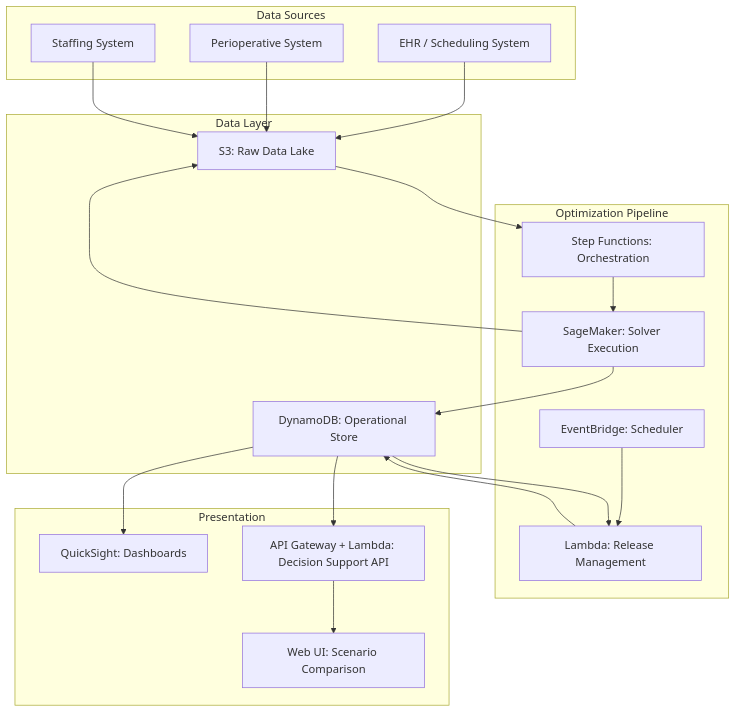
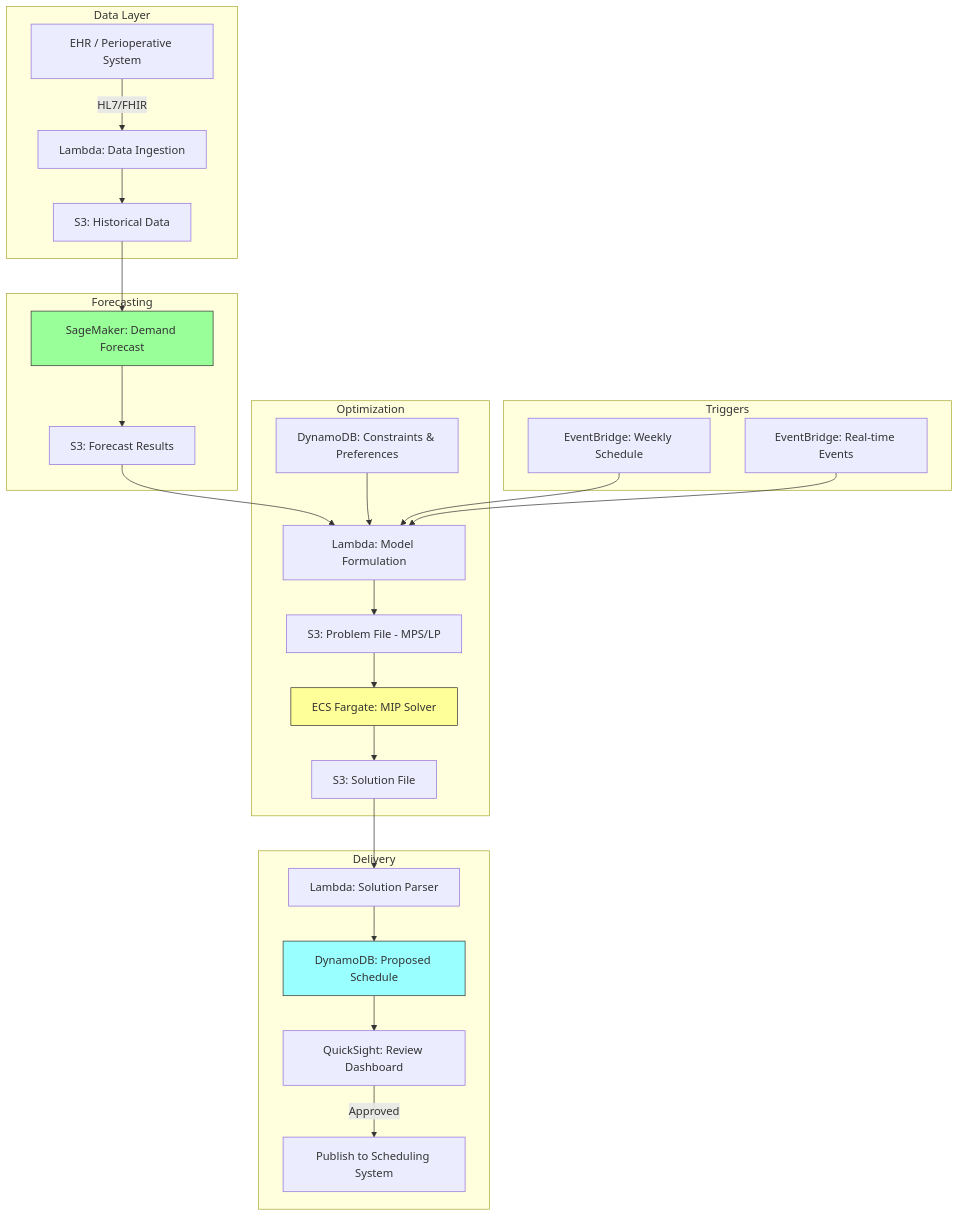
Before and after one commit to ccrngd1/HCLS-ai-book: the diagram in chapter14.05-or-block-scheduling.md, drawn with Mermaid. The commit also changed other lines of this file and 2 other files, not shown here.

````diff
--- a/chapter14.05-or-block-scheduling.md
+++ b/chapter14.05-or-block-scheduling.md
@@ -133,40 +120,36 @@
 ```mermaid
-flowchart TD
-    subgraph Data Sources
-        EHR[EHR / Scheduling System]
-        PERI[Perioperative System]
-        STAFF[Staffing System]
+flowchart TB
+    subgraph Data Layer
+        A[EHR / Perioperative System] -->|HL7/FHIR| B[Lambda: Data Ingestion]
+        B --> C[S3: Historical Data]
     end
 
-    subgraph Data Layer
-        S3RAW[S3: Raw Data Lake]
-        DDB[DynamoDB: Operational Store]
+    subgraph Forecasting
+        C --> D[SageMaker: Demand Forecast]
+        D --> E[S3: Forecast Results]
     end
 
-    subgraph Optimization Pipeline
-        SF[Step Functions: Orchestration]
-        SM[SageMaker: Solver Execution]
-        EB[EventBridge: Scheduler]
-        LAMBDA[Lambda: Release Management]
+    subgraph Optimization
+        E --> F[Lambda: Model Formulation]
+        G[DynamoDB: Constraints & Preferences] --> F
+        F --> H[S3: Problem File - MPS/LP]
+        H --> I[ECS Fargate: MIP Solver]
+        I --> J[S3: Solution File]
     end
 
-    subgraph Presentation
-        QS[QuickSight: Dashboards]
-        API[API Gateway + Lambda: Decision Support API]
-        UI[Web UI: Scenario Comparison]
+    subgraph Delivery
+        J --> K[Lambda: Solution Parser]
+        K --> L[DynamoDB: Proposed Schedule]
+        L --> M[QuickSight: Review Dashboard]
+        M -->|Approved| N[Publish to Scheduling System]
     end
 
-    EHR --> S3RAW
-    PERI --> S3RAW
-    STAFF --> S3RAW
-    S3RAW --> SF
-    SF --> SM
-    SM --> DDB
-    SM --> S3RAW
-    EB --> LAMBDA
-    DDB --> LAMBDA
-    LAMBDA --> DDB
-    DDB --> API
-    DDB --> QS
-    API --> UI
+    subgraph Triggers
+        O[EventBridge: Weekly Schedule] --> F
+        P[EventBridge: Real-time Events] --> F
+    end
+
+    style I fill:#ff9,stroke:#333
+    style D fill:#9f9,stroke:#333
+    style L fill:#9ff,stroke:#333
 ```
````
